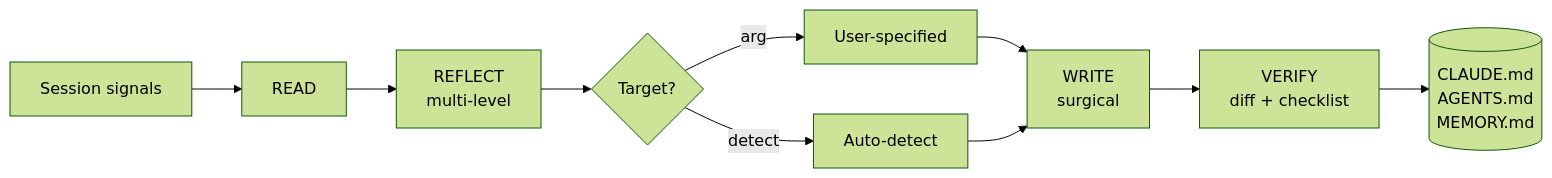
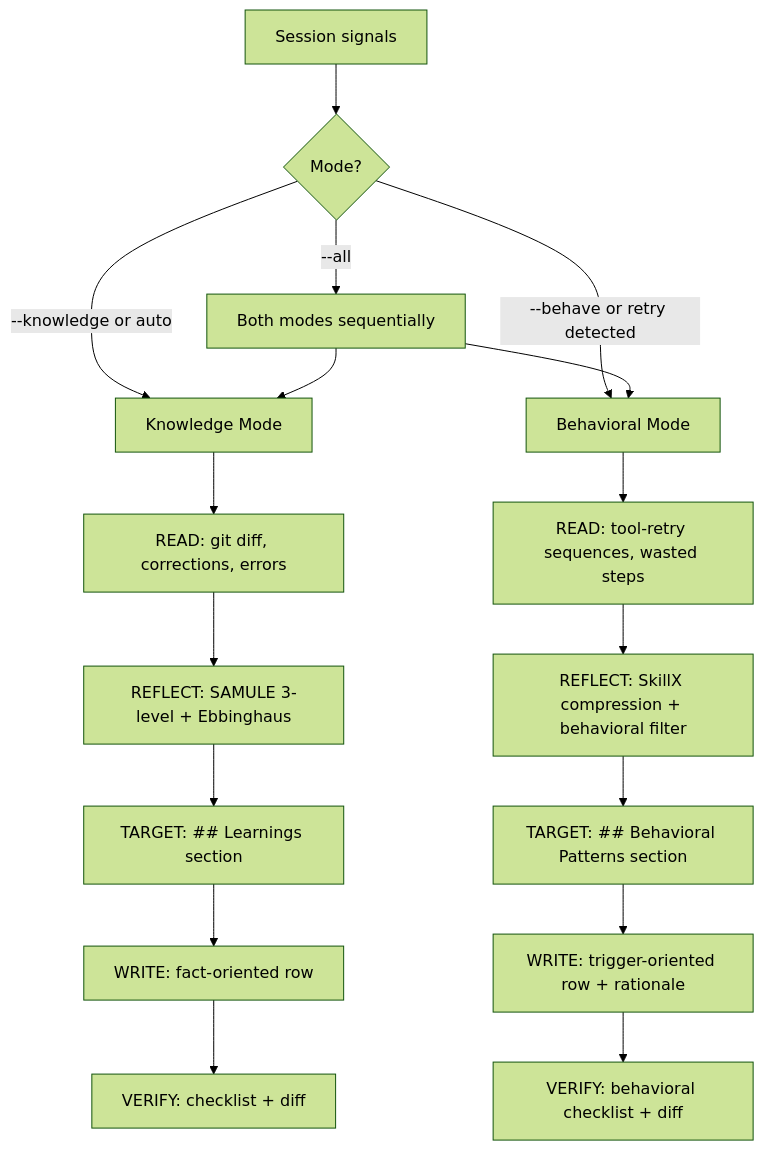
One commit to lutfi-zain/lz-stacks changed the diagram in skills/lz-session-learn/README.md. Above: the diagram before and after it, drawn with Mermaid (forest theme). The commit also changed other lines of this file and 6 other files, not shown here.

First line of the commit message:
Upgrade lz-session-learn to v2 dual-mode architecture

````diff
--- a/skills/lz-session-learn/README.md
+++ b/skills/lz-session-learn/README.md
@@ -45,12 +64,22 @@
 ```mermaid
-graph LR
-    A[Session signals] --> B[READ]
-    B --> C[REFLECT<br/>multi-level]
-    C --> D{Target?}
-    D -->|arg| E[User-specified]
-    D -->|detect| F[Auto-detect]
-    E --> G[WRITE<br/>surgical]
-    F --> G
-    G --> H[VERIFY<br/>diff + checklist]
-    H --> I[(CLAUDE.md<br/>AGENTS.md<br/>MEMORY.md)]
+graph TD
+    S[Session signals] --> M{Mode?}
+    M -->|--knowledge or auto| K[Knowledge Mode]
+    M -->|--behave or retry detected| B[Behavioral Mode]
+    M -->|--all| Both[Both modes sequentially]
+    
+    K --> K1[READ: git diff, corrections, errors]
+    K1 --> K2[REFLECT: SAMULE 3-level + Ebbinghaus]
+    K2 --> K3[TARGET: ## Learnings section]
+    K3 --> K4[WRITE: fact-oriented row]
+    K4 --> K5[VERIFY: checklist + diff]
+    
+    B --> B1[READ: tool-retry sequences, wasted steps]
+    B1 --> B2[REFLECT: SkillX compression + behavioral filter]
+    B2 --> B3[TARGET: ## Behavioral Patterns section]
+    B3 --> B4[WRITE: trigger-oriented row + rationale]
+    B4 --> B5[VERIFY: behavioral checklist + diff]
+    
+    Both --> K
+    Both --> B
 ```
````
